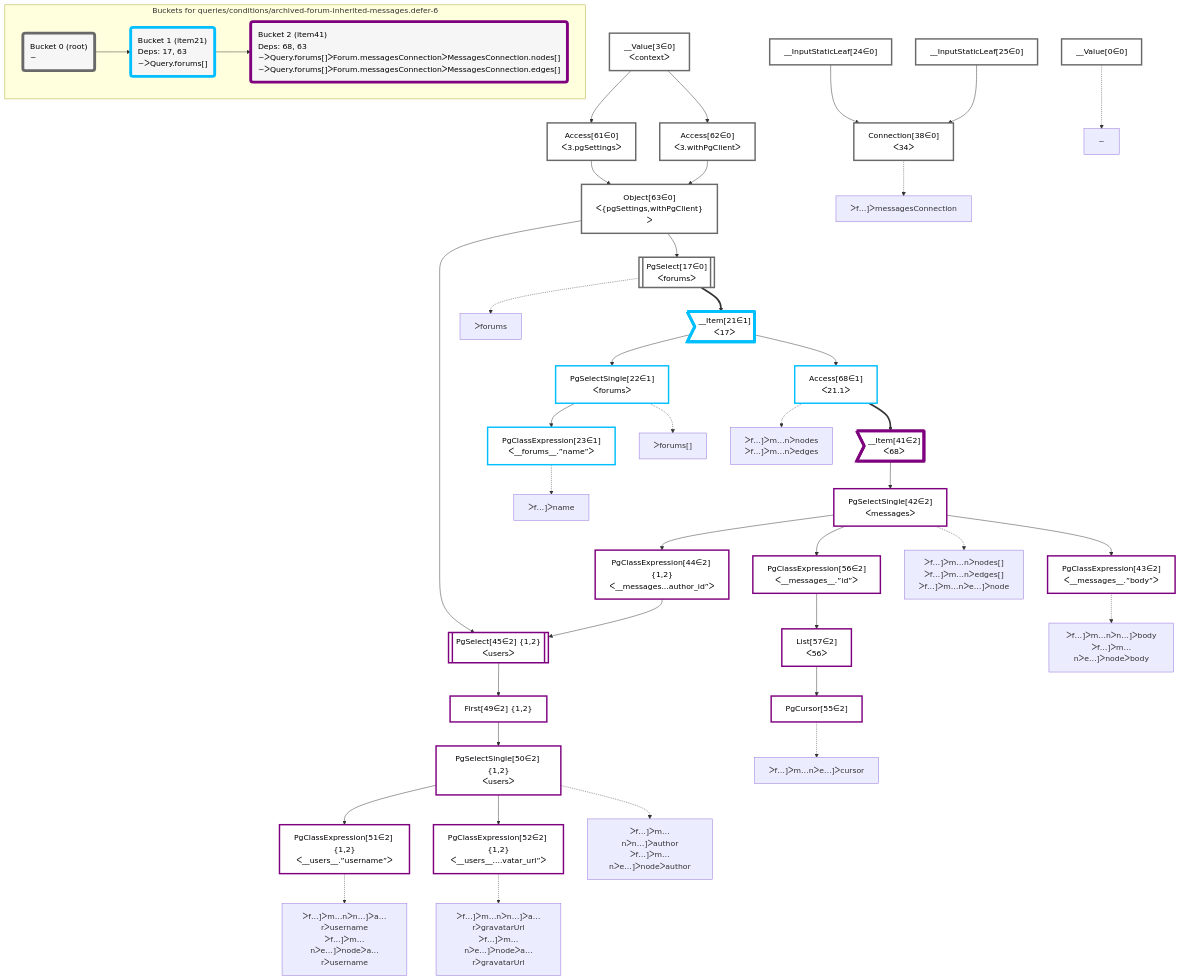
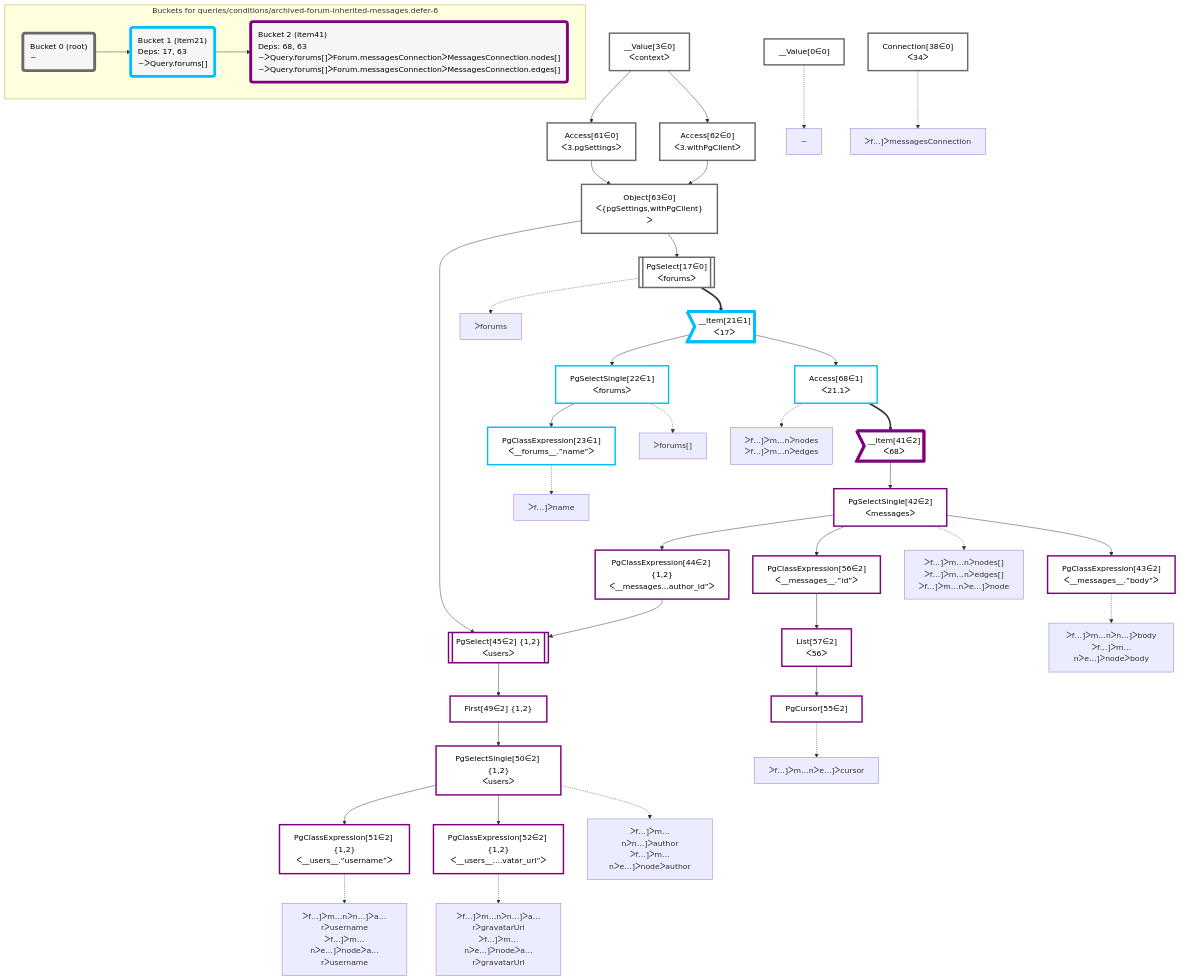
Before and after one commit to graphile/crystal: the diagram in packages/dataplan-pg/__tests__/queries/conditions/archived-forum-inherited-messages.defer-6.mermaid, drawn with Mermaid. The commit also changed 88 other files, not shown here.

```diff
--- a/packages/dataplan-pg/__tests__/queries/conditions/archived-forum-inherited-messages.defer-6.mermaid
+++ b/packages/dataplan-pg/__tests__/queries/conditions/archived-forum-inherited-messages.defer-6.mermaid
@@ -1,97 +1,94 @@
 graph TD
     classDef path fill:#eee,stroke:#000,color:#000
     classDef plan fill:#fff,stroke-width:3px,color:#000
     classDef itemplan fill:#fff,stroke-width:6px,color:#000
     classDef sideeffectplan fill:#f00,stroke-width:6px,color:#000
     classDef bucket fill:#f6f6f6,color:#000,stroke-width:6px,text-align:left
 
 
     %% define plans
     __Value0["__Value[0∈0]"]:::plan
     __Value3["__Value[3∈0]<br />ᐸcontextᐳ"]:::plan
     Access61["Access[61∈0]<br />ᐸ3.pgSettingsᐳ"]:::plan
     Access62["Access[62∈0]<br />ᐸ3.withPgClientᐳ"]:::plan
     Object63["Object[63∈0]<br />ᐸ{pgSettings,withPgClient}ᐳ"]:::plan
     PgSelect17[["PgSelect[17∈0]<br />ᐸforumsᐳ"]]:::plan
     __Item21>"__Item[21∈1]<br />ᐸ17ᐳ"]:::itemplan
     PgSelectSingle22["PgSelectSingle[22∈1]<br />ᐸforumsᐳ"]:::plan
     PgClassExpression23["PgClassExpression[23∈1]<br />ᐸ__forums__.”name”ᐳ"]:::plan
-    __InputStaticLeaf24["__InputStaticLeaf[24∈0]"]:::plan
-    __InputStaticLeaf25["__InputStaticLeaf[25∈0]"]:::plan
     Connection38["Connection[38∈0]<br />ᐸ34ᐳ"]:::plan
     Access68["Access[68∈1]<br />ᐸ21.1ᐳ"]:::plan
     __Item41>"__Item[41∈2]<br />ᐸ68ᐳ"]:::itemplan
     PgSelectSingle42["PgSelectSingle[42∈2]<br />ᐸmessagesᐳ"]:::plan
     PgClassExpression43["PgClassExpression[43∈2]<br />ᐸ__messages__.”body”ᐳ"]:::plan
     PgClassExpression44["PgClassExpression[44∈2] {1,2}<br />ᐸ__messages...author_id”ᐳ"]:::plan
     PgSelect45[["PgSelect[45∈2] {1,2}<br />ᐸusersᐳ"]]:::plan
     First49["First[49∈2] {1,2}"]:::plan
     PgSelectSingle50["PgSelectSingle[50∈2] {1,2}<br />ᐸusersᐳ"]:::plan
     PgClassExpression51["PgClassExpression[51∈2] {1,2}<br />ᐸ__users__.”username”ᐳ"]:::plan
     PgClassExpression52["PgClassExpression[52∈2] {1,2}<br />ᐸ__users__....vatar_url”ᐳ"]:::plan
     PgClassExpression56["PgClassExpression[56∈2]<br />ᐸ__messages__.”id”ᐳ"]:::plan
     List57["List[57∈2]<br />ᐸ56ᐳ"]:::plan
     PgCursor55["PgCursor[55∈2]"]:::plan
 
     %% plan dependencies
     __Value3 --> Access61
     __Value3 --> Access62
     Access61 & Access62 --> Object63
     Object63 --> PgSelect17
     PgSelect17 ==> __Item21
     __Item21 --> PgSelectSingle22
     PgSelectSingle22 --> PgClassExpression23
-    __InputStaticLeaf24 & __InputStaticLeaf25 --> Connection38
     __Item21 --> Access68
     Access68 ==> __Item41
     __Item41 --> PgSelectSingle42
     PgSelectSingle42 --> PgClassExpression43
     PgSelectSingle42 --> PgClassExpression44
     Object63 & PgClassExpression44 --> PgSelect45
     PgSelect45 --> First49
     First49 --> PgSelectSingle50
     PgSelectSingle50 --> PgClassExpression51
     PgSelectSingle50 --> PgClassExpression52
     PgSelectSingle42 --> PgClassExpression56
     PgClassExpression56 --> List57
     List57 --> PgCursor55
 
     %% plan-to-path relationships
     P0["~"]
     __Value0 -.-> P0
     P17["ᐳforums"]
     PgSelect17 -.-> P17
     P22["ᐳforums[]"]
     PgSelectSingle22 -.-> P22
     P23["ᐳf…]ᐳname"]
     PgClassExpression23 -.-> P23
     P38["ᐳf…]ᐳmessagesConnection"]
     Connection38 -.-> P38
     P42["ᐳf…]ᐳm…nᐳnodes[]<br />ᐳf…]ᐳm…nᐳedges[]<br />ᐳf…]ᐳm…nᐳe…]ᐳnode"]
     PgSelectSingle42 -.-> P42
     P43["ᐳf…]ᐳm…nᐳn…]ᐳbody<br />ᐳf…]ᐳm…nᐳe…]ᐳnodeᐳbody"]
     PgClassExpression43 -.-> P43
     P50["ᐳf…]ᐳm…nᐳn…]ᐳauthor<br />ᐳf…]ᐳm…nᐳe…]ᐳnodeᐳauthor"]
     PgSelectSingle50 -.-> P50
     P51["ᐳf…]ᐳm…nᐳn…]ᐳa…rᐳusername<br />ᐳf…]ᐳm…nᐳe…]ᐳnodeᐳa…rᐳusername"]
     PgClassExpression51 -.-> P51
     P52["ᐳf…]ᐳm…nᐳn…]ᐳa…rᐳgravatarUrl<br />ᐳf…]ᐳm…nᐳe…]ᐳnodeᐳa…rᐳgravatarUrl"]
     PgClassExpression52 -.-> P52
     P55["ᐳf…]ᐳm…nᐳe…]ᐳcursor"]
     PgCursor55 -.-> P55
     P68["ᐳf…]ᐳm…nᐳnodes<br />ᐳf…]ᐳm…nᐳedges"]
     Access68 -.-> P68
 
     subgraph "Buckets for queries/conditions/archived-forum-inherited-messages.defer-6"
     Bucket0("Bucket 0 (root)<br />~"):::bucket
     classDef bucket0 stroke:#696969
-    class Bucket0,__Value0,__Value3,PgSelect17,__InputStaticLeaf24,__InputStaticLeaf25,Connection38,Access61,Access62,Object63 bucket0
+    class Bucket0,__Value0,__Value3,PgSelect17,Connection38,Access61,Access62,Object63 bucket0
     Bucket1("Bucket 1 (item21)<br />Deps: 17, 63<br />~ᐳQuery.forums[]"):::bucket
     classDef bucket1 stroke:#00bfff
     class Bucket1,__Item21,PgSelectSingle22,PgClassExpression23,Access68 bucket1
     Bucket2("Bucket 2 (item41)<br />Deps: 68, 63<br />~ᐳQuery.forums[]ᐳForum.messagesConnectionᐳMessagesConnection.nodes[]<br />~ᐳQuery.forums[]ᐳForum.messagesConnectionᐳMessagesConnection.edges[]"):::bucket
     classDef bucket2 stroke:#7f007f
     class Bucket2,__Item41,PgSelectSingle42,PgClassExpression43,PgClassExpression44,PgSelect45,First49,PgSelectSingle50,PgClassExpression51,PgClassExpression52,PgCursor55,PgClassExpression56,List57 bucket2
     Bucket0 --> Bucket1
     Bucket1 --> Bucket2
     end
```
